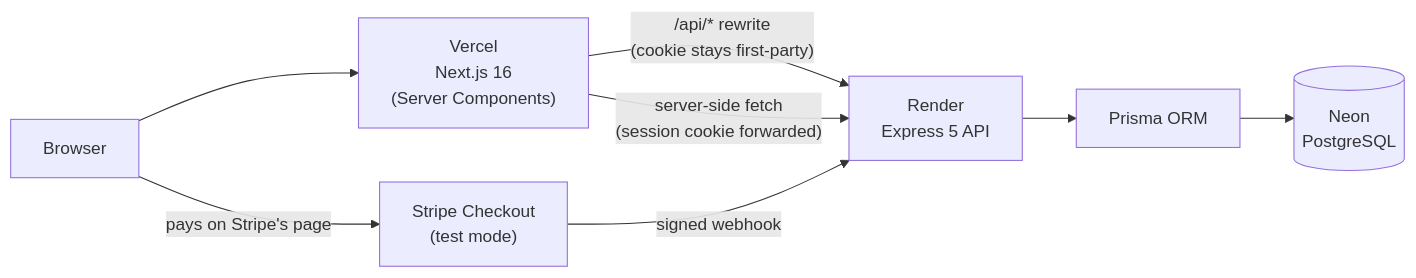
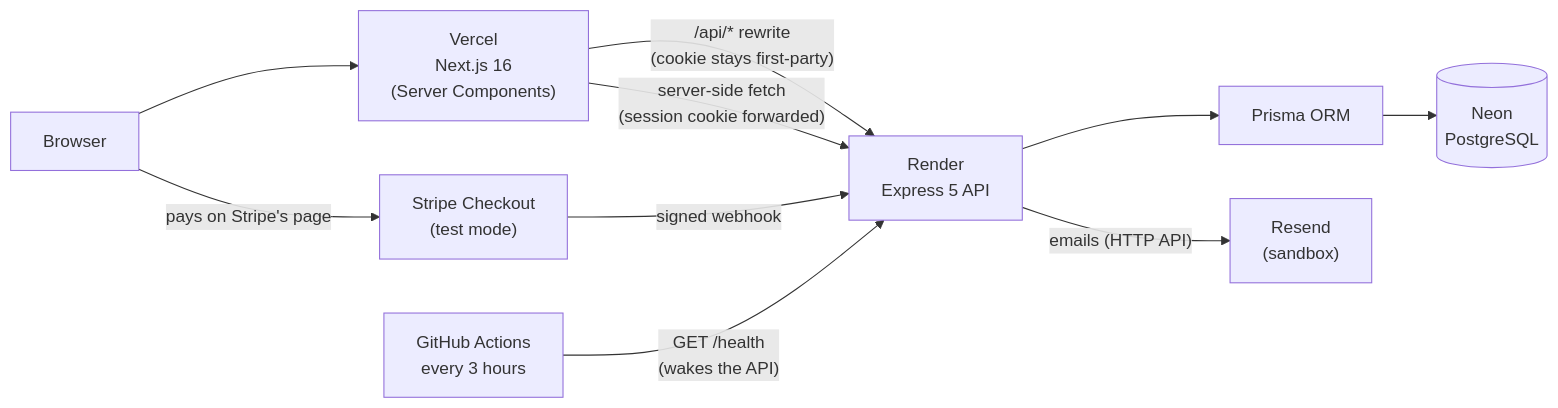
The diagram in README.md (ap23hp/Tix-book), drawn with Mermaid before and after one commit. The commit also changed other lines of this file and 4 other files, not shown here.

````diff
--- a/README.md
+++ b/README.md
@@ -45,10 +46,12 @@
 ```mermaid
 flowchart LR
     B["Browser"] --> V["Vercel<br/>Next.js 16<br/>(Server Components)"]
     V -->|"/api/* rewrite<br/>(cookie stays first-party)"| R["Render<br/>Express 5 API"]
     V -->|"server-side fetch<br/>(session cookie forwarded)"| R
     R --> P["Prisma ORM"]
     P --> N[("Neon<br/>PostgreSQL")]
     B -->|"pays on Stripe's page"| S["Stripe Checkout<br/>(test mode)"]
     S -->|"signed webhook"| R
+    R -->|"emails (HTTP API)"| E["Resend<br/>(sandbox)"]
+    G["GitHub Actions<br/>every 3 hours"] -->|"GET /health<br/>(wakes the API)"| R
 ```
````
